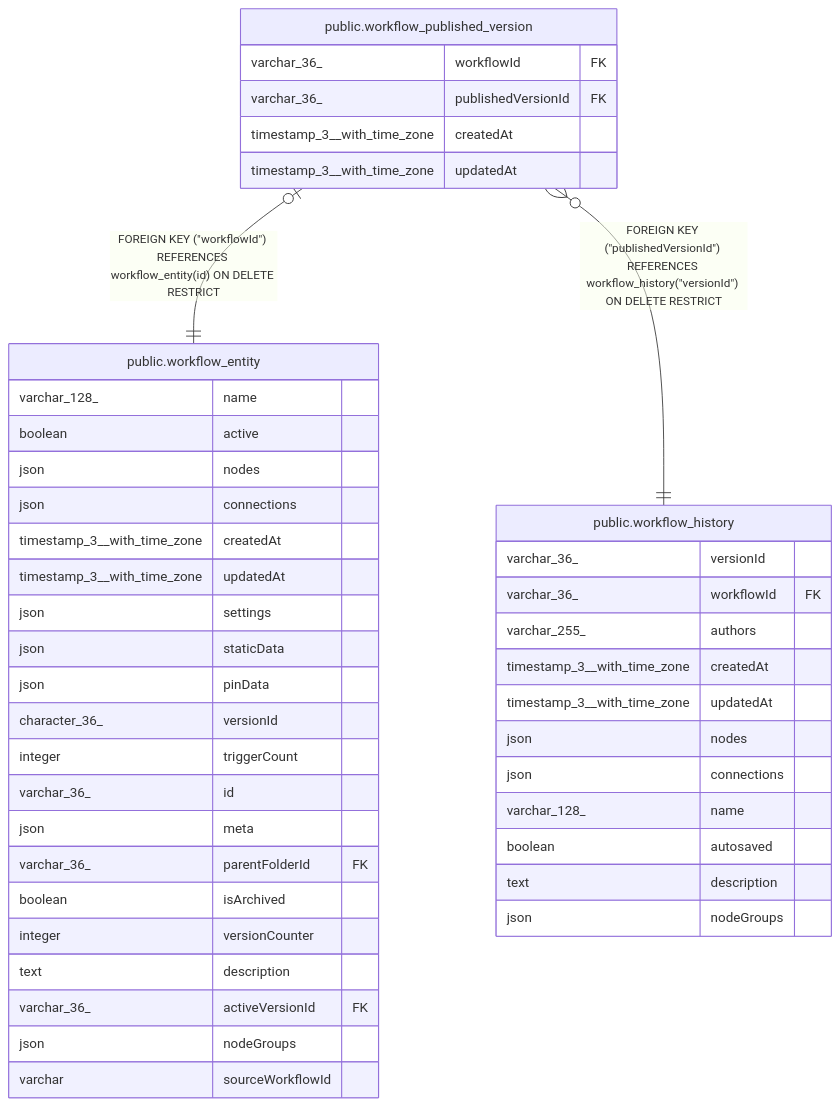
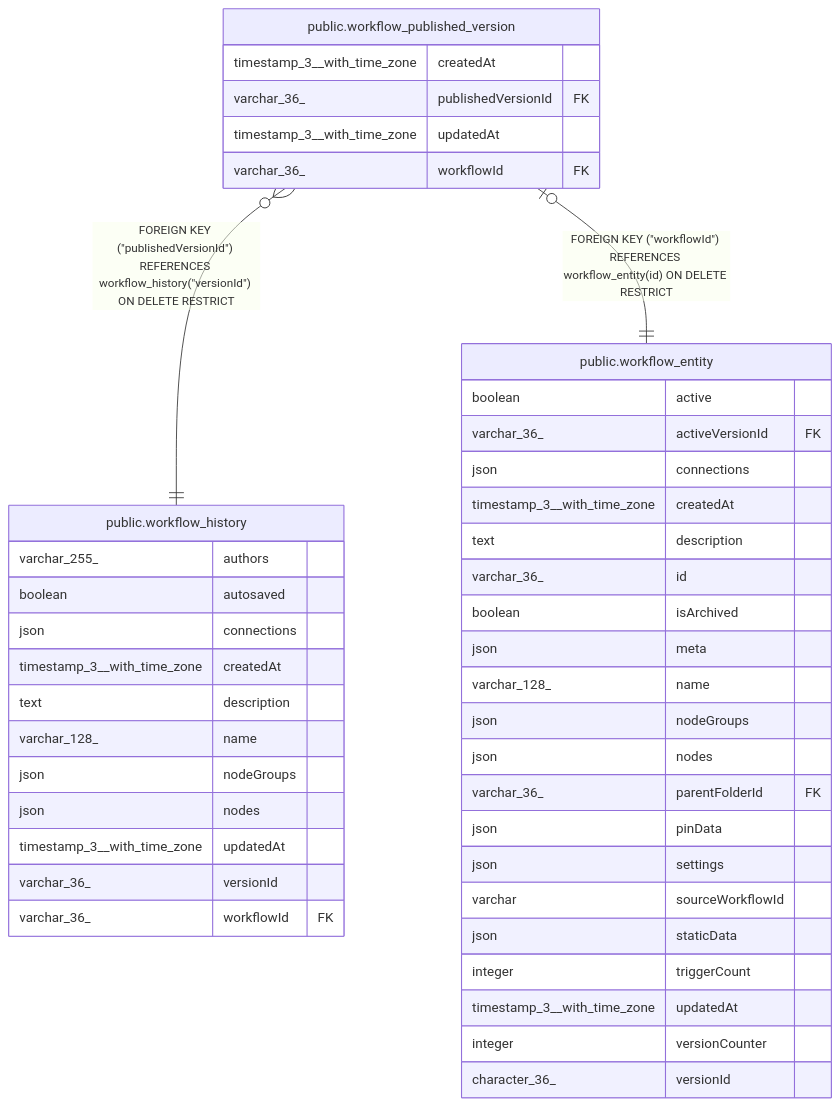
Before and after one commit to mayankjain1815-commits/n8n: the diagram in docs/generated/postgres-schema/public.workflow_published_version.md, drawn with Mermaid. The commit also changed other lines of this file and 221 other files, not shown here.

Commit message:
chore(core): Make DB schema docs generation deterministic (#32373)

````diff
--- a/docs/generated/postgres-schema/public.workflow_published_version.md
+++ b/docs/generated/postgres-schema/public.workflow_published_version.md
@@ -32,48 +32,48 @@
 ```mermaid
 erDiagram
 
+"public.workflow_published_version" }o--|| "public.workflow_history" : "FOREIGN KEY (#quot;publishedVersionId#quot;) REFERENCES workflow_history(#quot;versionId#quot;) ON DELETE RESTRICT"
 "public.workflow_published_version" |o--|| "public.workflow_entity" : "FOREIGN KEY (#quot;workflowId#quot;) REFERENCES workflow_entity(id) ON DELETE RESTRICT"
-"public.workflow_published_version" }o--|| "public.workflow_history" : "FOREIGN KEY (#quot;publishedVersionId#quot;) REFERENCES workflow_history(#quot;versionId#quot;) ON DELETE RESTRICT"
 
 "public.workflow_published_version" {
+  timestamp_3__with_time_zone createdAt
+  varchar_36_ publishedVersionId FK
+  timestamp_3__with_time_zone updatedAt
   varchar_36_ workflowId FK
-  varchar_36_ publishedVersionId FK
+}
+"public.workflow_history" {
+  varchar_255_ authors
+  boolean autosaved
+  json connections
   timestamp_3__with_time_zone createdAt
+  text description
+  varchar_128_ name
+  json nodeGroups
+  json nodes
   timestamp_3__with_time_zone updatedAt
+  varchar_36_ versionId
+  varchar_36_ workflowId FK
 }
 "public.workflow_entity" {
-  varchar_128_ name
   boolean active
-  json nodes
+  varchar_36_ activeVersionId FK
   json connections
   timestamp_3__with_time_zone createdAt
+  text description
+  varchar_36_ id
+  boolean isArchived
+  json meta
+  varchar_128_ name
+  json nodeGroups
+  json nodes
+  varchar_36_ parentFolderId FK
+  json pinData
+  json settings
+  varchar sourceWorkflowId
+  json staticData
+  integer triggerCount
   timestamp_3__with_time_zone updatedAt
-  json settings
-  json staticData
-  json pinData
+  integer versionCounter
   character_36_ versionId
-  integer triggerCount
-  varchar_36_ id
-  json meta
-  varchar_36_ parentFolderId FK
-  boolean isArchived
-  integer versionCounter
-  text description
-  varchar_36_ activeVersionId FK
-  json nodeGroups
-  varchar sourceWorkflowId
-}
-"public.workflow_history" {
-  varchar_36_ versionId
-  varchar_36_ workflowId FK
-  varchar_255_ authors
-  timestamp_3__with_time_zone createdAt
-  timestamp_3__with_time_zone updatedAt
-  json nodes
-  json connections
-  varchar_128_ name
-  boolean autosaved
-  text description
-  json nodeGroups
 }
 ```
````
